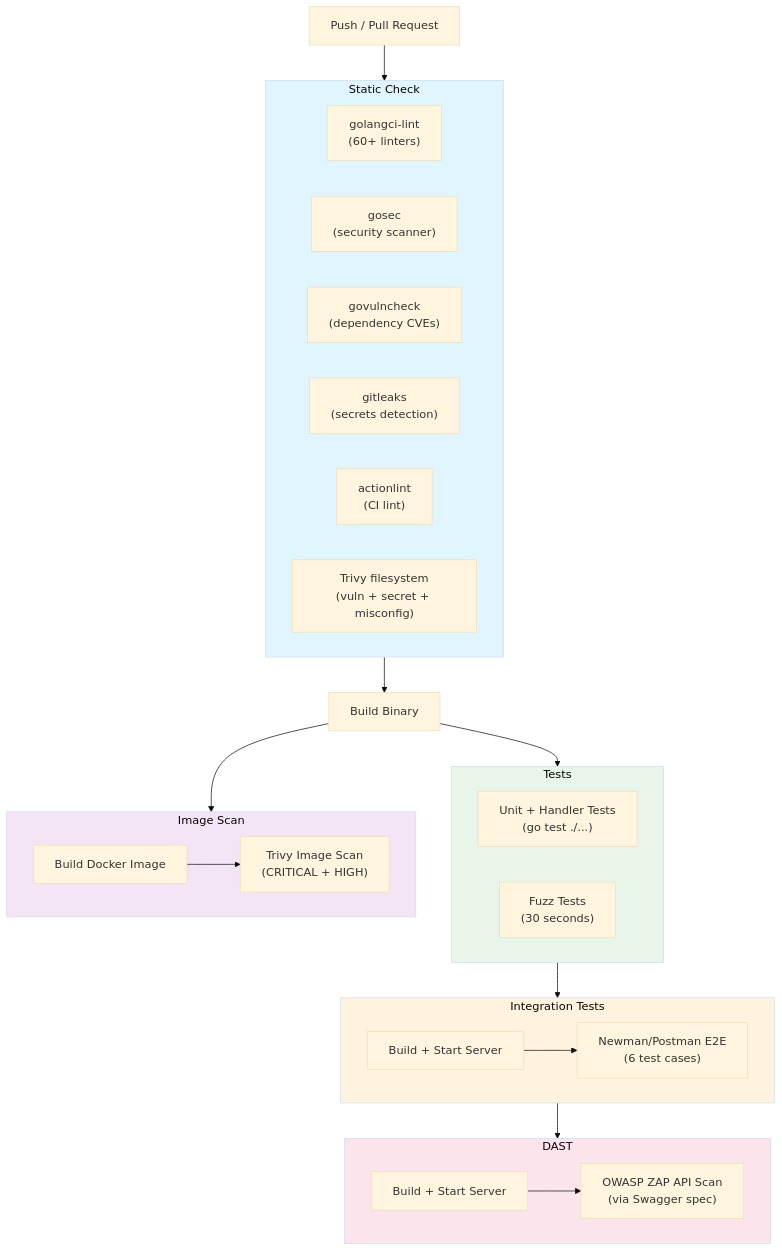
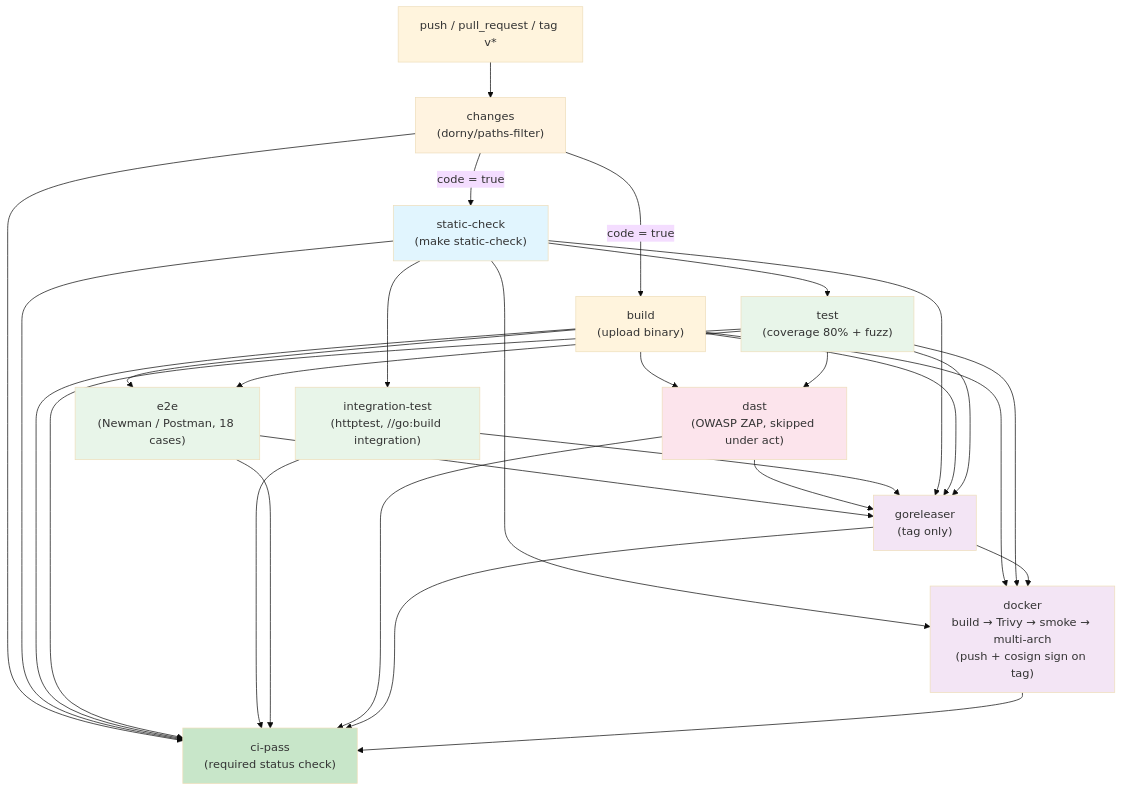
One commit to AndriyKalashnykov/flight-path changed the third of 3 diagrams in docs/ARCHITECTURE.md. Above: the diagram before and after it, drawn with Mermaid (base theme). The commit also changed other lines of this file and 9 other files, not shown here.

First line of the commit message:
chore: project-review hygiene pass — Renovate, CI naming, integration tests, container-structure-test gate (#229)

````diff
--- a/docs/ARCHITECTURE.md
+++ b/docs/ARCHITECTURE.md
@@ -139,51 +73,50 @@
 ```mermaid
 flowchart TD
-    trigger["Push / Pull Request"] --> static
+    trigger["push / pull_request / tag v*"] --> changes["changes<br/>(dorny/paths-filter)"]
 
-    subgraph static["Static Check"]
-        lint["golangci-lint<br/>(60+ linters)"]
-        sec["gosec<br/>(security scanner)"]
-        vuln["govulncheck<br/>(dependency CVEs)"]
-        secrets["gitleaks<br/>(secrets detection)"]
-        actionlint["actionlint<br/>(CI lint)"]
-        trivyfs["Trivy filesystem<br/>(vuln + secret + misconfig)"]
-    end
+    changes -->|code = true| static["static-check<br/>(make static-check)"]
+    changes -->|code = true| build["build<br/>(upload binary)"]
 
-    static --> builds["Build Binary"]
-    builds --> tests
+    static --> test["test<br/>(coverage 80% + fuzz)"]
+    static --> integ["integration-test<br/>(httptest, //go:build integration)"]
 
-    subgraph tests["Tests"]
-        unit["Unit + Handler Tests<br/>(go test ./...)"]
-        fuzz["Fuzz Tests<br/>(30 seconds)"]
-    end
+    build --> e2e["e2e<br/>(Newman / Postman, 18 cases)"]
+    test --> e2e
+    build --> dast["dast<br/>(OWASP ZAP, skipped under act)"]
+    test --> dast
 
-    builds --> imgscan
+    static --> docker
+    build --> docker
+    test --> docker
 
-    subgraph imgscan["Image Scan"]
-        docker["Build Docker Image"]
-        trivyimg["Trivy Image Scan<br/>(CRITICAL + HIGH)"]
-        docker --> trivyimg
-    end
+    docker["docker<br/>build → Trivy → smoke → multi-arch<br/>(push + cosign sign on tag)"]
 
-    tests --> integration
+    e2e --> goreleaser
+    dast --> goreleaser
+    integ --> goreleaser
+    static --> goreleaser
+    build --> goreleaser
+    test --> goreleaser
+    goreleaser["goreleaser<br/>(tag only)"] --> docker
 
-    subgraph integration["Integration Tests"]
-        start["Build + Start Server"]
-        newman["Newman/Postman E2E<br/>(6 test cases)"]
-        start --> newman
-    end
+    changes --> pass
+    static --> pass
+    build --> pass
+    test --> pass
+    integ --> pass
+    e2e --> pass
+    dast --> pass
+    goreleaser --> pass
+    docker --> pass
+    pass["ci-pass<br/>(required status check)"]
 
-    integration --> dast
-
-    subgraph dast["DAST"]
-        zapstart["Build + Start Server"]
-        zap["OWASP ZAP API Scan<br/>(via Swagger spec)"]
-        zapstart --> zap
-    end
-
+    style changes fill:#fff3e0
     style static fill:#e1f5fe
-    style tests fill:#e8f5e9
-    style integration fill:#fff3e0
+    style test fill:#e8f5e9
+    style integ fill:#e8f5e9
+    style e2e fill:#e8f5e9
     style dast fill:#fce4ec
-    style imgscan fill:#f3e5f5
+    style docker fill:#f3e5f5
+    style goreleaser fill:#f3e5f5
+    style pass fill:#c8e6c9
 ```
````
